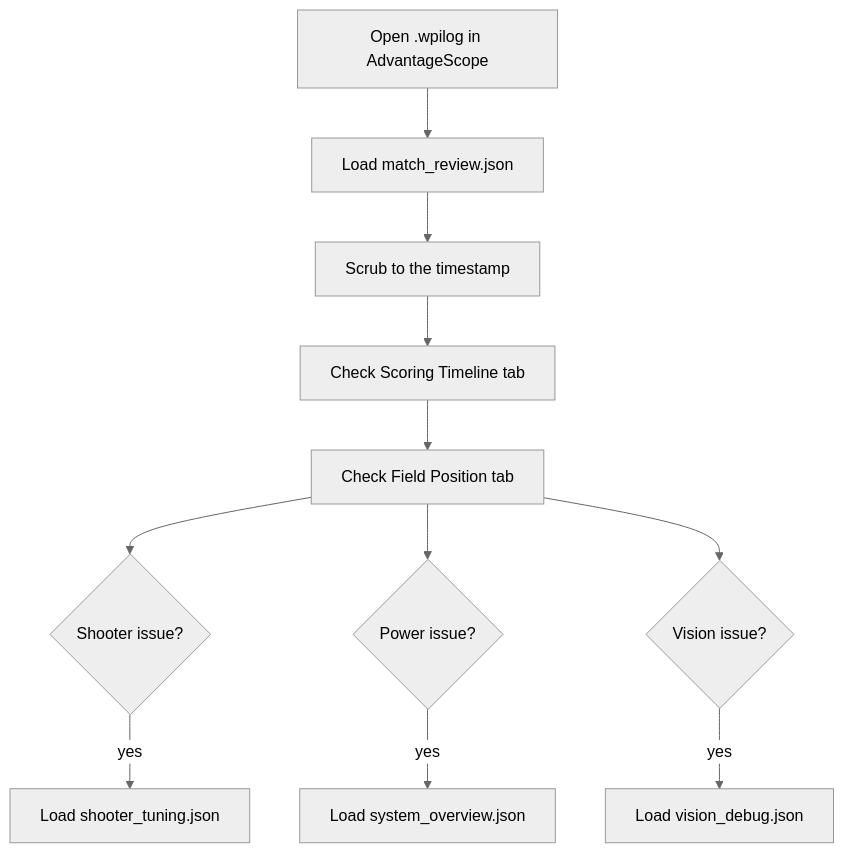
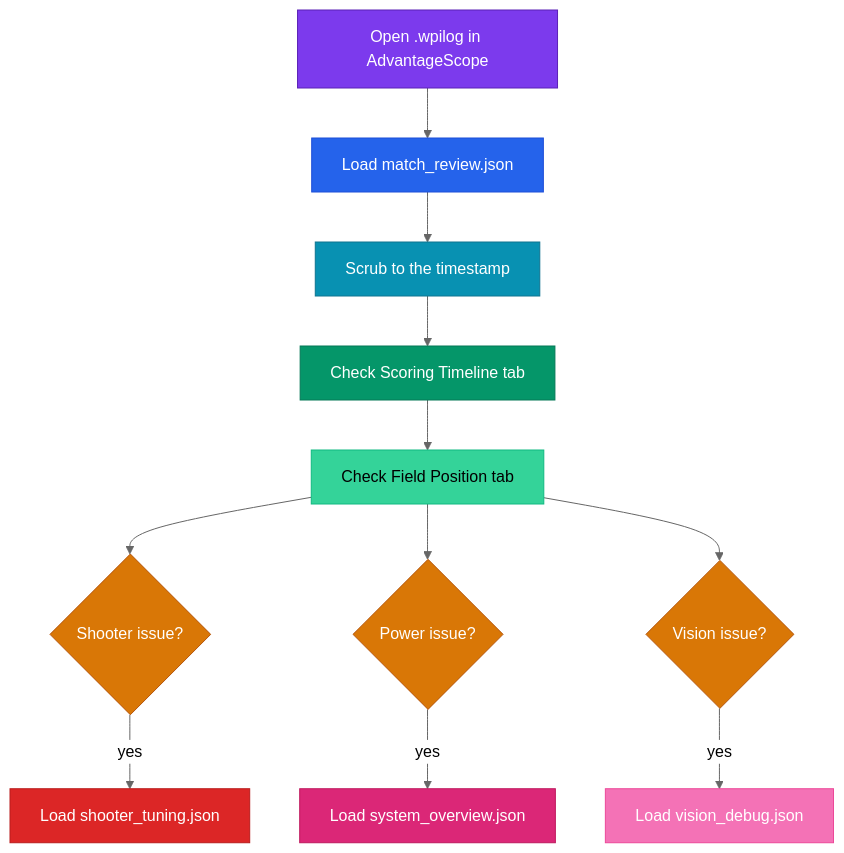
One commit to eeveemara/frc5962-2026-docs changed the diagram in docs/dashboards/advantagescope-guide.md. Above: the diagram before and after it, drawn with Mermaid (neutral theme). The commit also changed 14 other files, not shown here.

Commit message:
Add explicit colors to all 20 mermaid diagrams for GitBook dark mode

````diff
--- a/docs/dashboards/advantagescope-guide.md
+++ b/docs/dashboards/advantagescope-guide.md
@@ -87,13 +87,25 @@
 ```mermaid
 flowchart TD
     START[Open .wpilog in AdvantageScope] --> LOAD[Load match_review.json]
     LOAD --> SCRUB[Scrub to the timestamp]
     SCRUB --> SCORING[Check Scoring Timeline tab]
     SCORING --> FIELD[Check Field Position tab]
     FIELD --> SHOOTER{Shooter issue?}
     FIELD --> POWER{Power issue?}
     FIELD --> VISION{Vision issue?}
     SHOOTER -->|yes| ST[Load shooter_tuning.json]
     POWER -->|yes| PH[Load system_overview.json]
     VISION -->|yes| VD[Load vision_debug.json]
+
+    style START fill:#7c3aed,stroke:#5b21b6,color:#fff
+    style LOAD fill:#2563eb,stroke:#1d4ed8,color:#fff
+    style SCRUB fill:#0891b2,stroke:#0e7490,color:#fff
+    style SCORING fill:#059669,stroke:#047857,color:#fff
+    style FIELD fill:#34d399,stroke:#10b981,color:#000
+    style SHOOTER fill:#d97706,stroke:#b45309,color:#fff
+    style POWER fill:#d97706,stroke:#b45309,color:#fff
+    style VISION fill:#d97706,stroke:#b45309,color:#fff
+    style ST fill:#dc2626,stroke:#b91c1c,color:#fff
+    style PH fill:#db2777,stroke:#be185d,color:#fff
+    style VD fill:#f472b6,stroke:#ec4899,color:#fff
 ```
````
